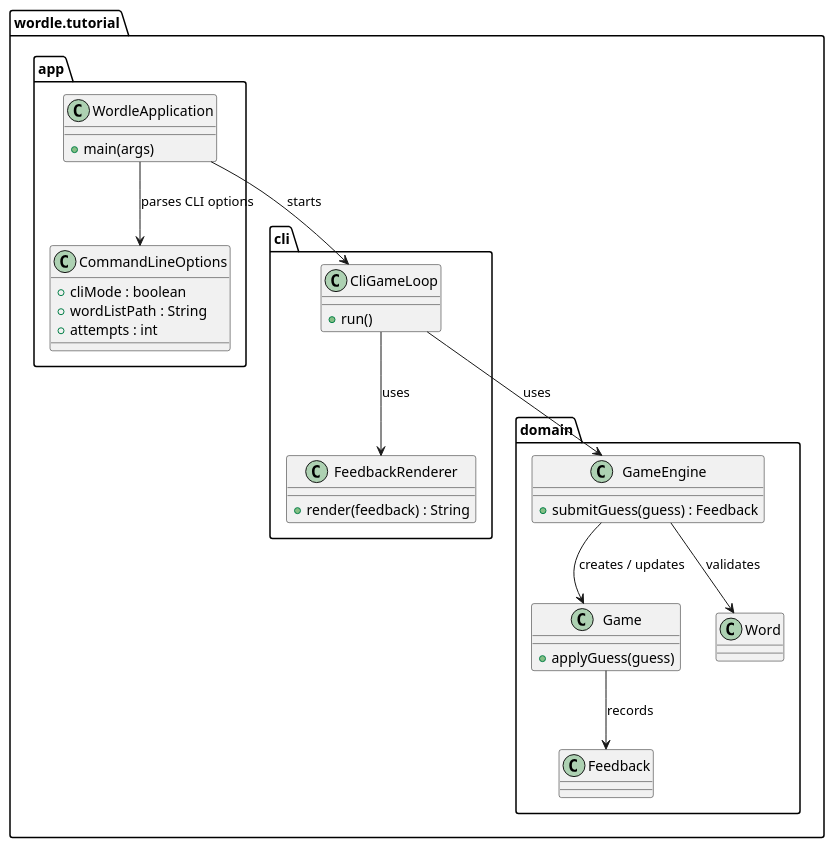
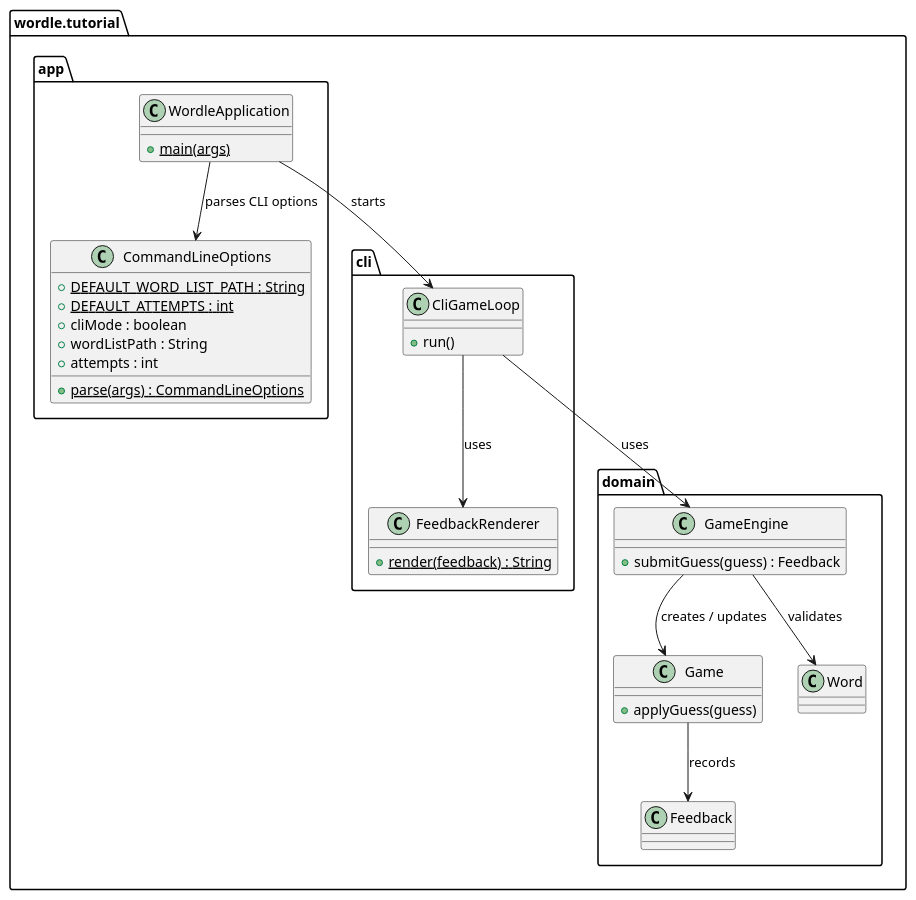
The fifth of 6 diagrams in skills/spec-loop-plan-task/examples/example-task-wordle-cli.md (dpolivaev/spec-loop), drawn with PlantUML before and after one commit. The commit also changed other lines of this file and 1 other file, not shown here.

Commit message:
Document static members in PlantUML class diagrams

````diff
--- a/skills/spec-loop-plan-task/examples/example-task-wordle-cli.md
+++ b/skills/spec-loop-plan-task/examples/example-task-wordle-cli.md
@@ -171,46 +172,49 @@
   ```plantuml
   @startuml
   set separator none
 
   package "wordle.tutorial" {
     package "app" {
       class WordleApplication {
-        + main(args)
+        {static} + main(args)
       }
       class CommandLineOptions {
+        {static} + DEFAULT_WORD_LIST_PATH : String
+        {static} + DEFAULT_ATTEMPTS : int
         + cliMode : boolean
         + wordListPath : String
         + attempts : int
+        {static} + parse(args) : CommandLineOptions
       }
     }
 
     package "cli" {
       class CliGameLoop {
         + run()
       }
       class FeedbackRenderer {
-        + render(feedback) : String
+        {static} + render(feedback) : String
       }
     }
 
     package "domain" {
       class Game {
         + applyGuess(guess)
       }
       class GameEngine {
         + submitGuess(guess) : Feedback
       }
       class Feedback
       class Word
     }
   }
 
   WordleApplication --> CommandLineOptions : parses CLI options
   WordleApplication --> CliGameLoop : starts
   CliGameLoop --> GameEngine : uses
   CliGameLoop --> FeedbackRenderer : uses
   GameEngine --> Game : creates / updates
   GameEngine --> Word : validates
   Game --> Feedback : records
   @enduml
   ```
````
